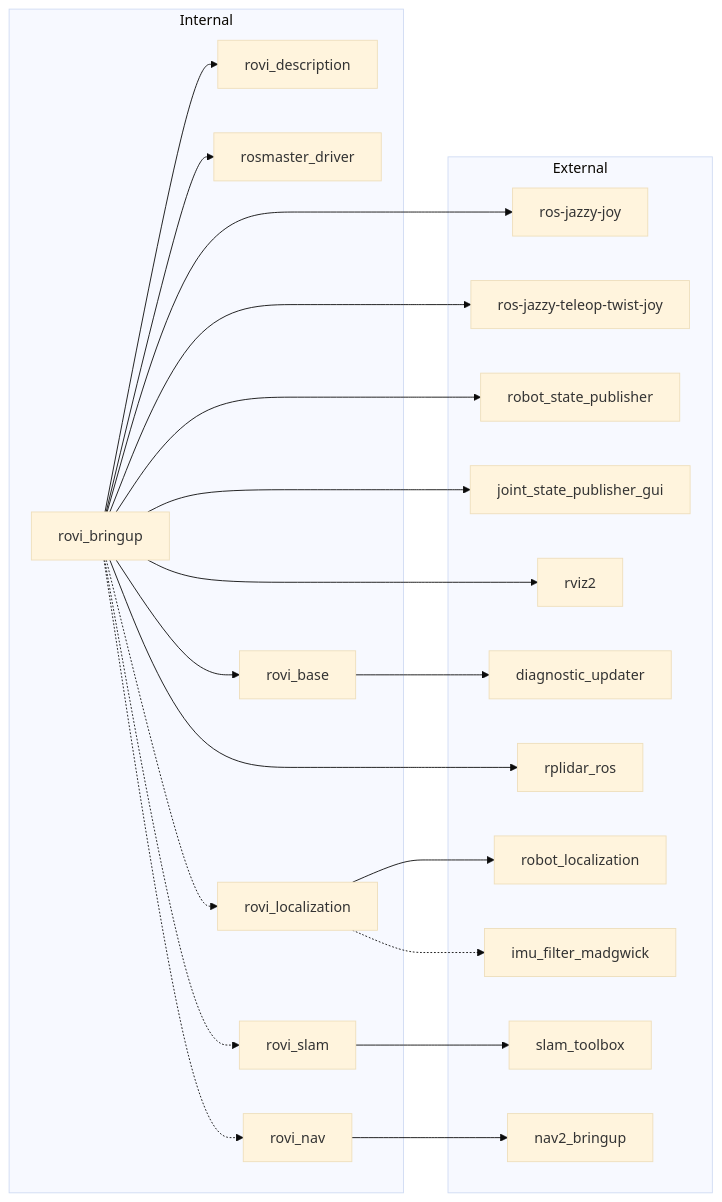
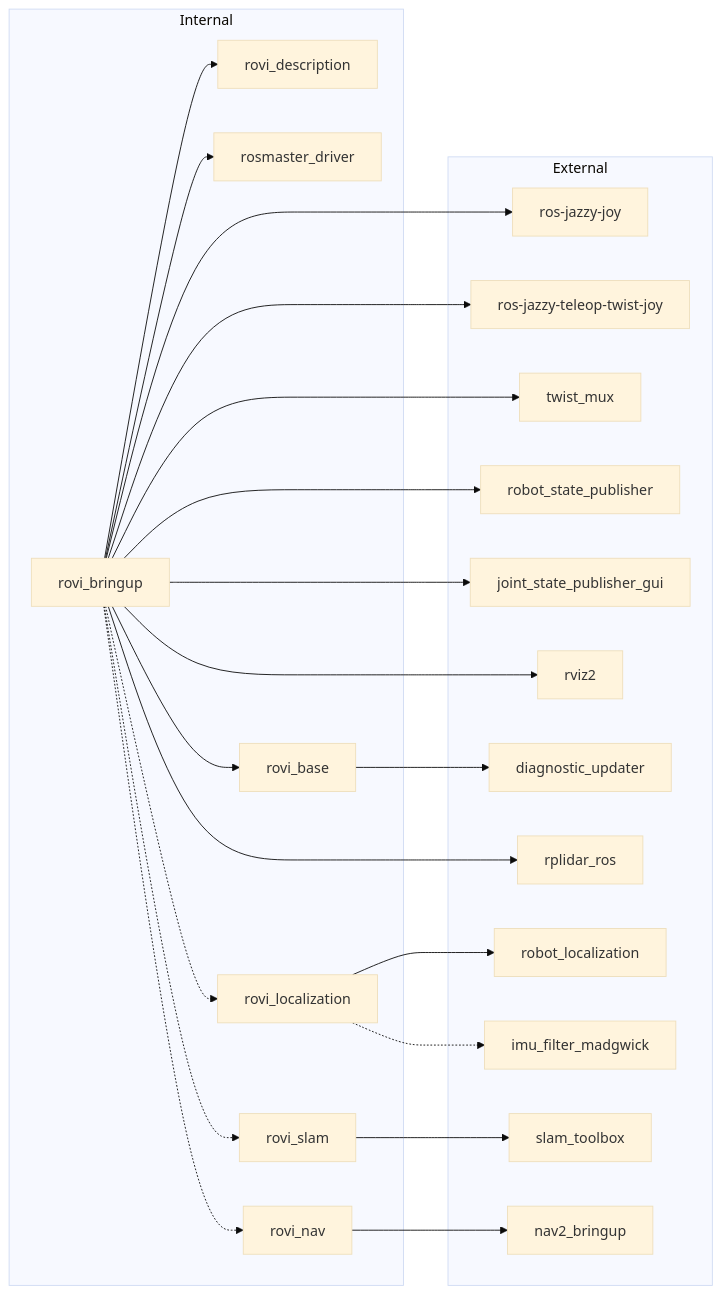
The ninth of 9 diagrams in README.md (Roblibs/rovi_ros_ws), drawn with Mermaid (base theme) before and after one commit. The commit also changed other lines of this file and 14 other files, not shown here.

````diff
--- a/README.md
+++ b/README.md
@@ -432,46 +435,48 @@
 ```mermaid
 flowchart LR
   subgraph Internal
     RoviBringup[rovi_bringup]
     RoviDesc[rovi_description]
     Rosmaster[rosmaster_driver]
     RoviBase[rovi_base]
     RoviLoc[rovi_localization]
     RoviSlam[rovi_slam]
     RoviNav[rovi_nav]
   end
 
   subgraph External
     Joy[ros-jazzy-joy]
     Teleop[ros-jazzy-teleop-twist-joy]
+    TwistMux[twist_mux]
     RSP[robot_state_publisher]
     JSPG[joint_state_publisher_gui]
     RVIZ[rviz2]
     Diag[diagnostic_updater]
     RPLidar[rplidar_ros]
     EKF[robot_localization]
     ImuFilter[imu_filter_madgwick]
     SlamToolbox[slam_toolbox]
     Nav2[nav2_bringup]
   end
 
   RoviBringup --> RoviDesc
   RoviBringup --> Rosmaster
   RoviBringup --> RoviBase
   RoviBringup -.-> RoviLoc
   RoviBringup -.-> RoviSlam
   RoviBringup -.-> RoviNav
   RoviBringup --> Joy
   RoviBringup --> Teleop
+  RoviBringup --> TwistMux
   RoviBringup --> RSP
   RoviBringup --> JSPG
   RoviBringup --> RVIZ
   RoviBringup --> RPLidar
 
   RoviBase --> Diag
 
   RoviLoc --> EKF
   RoviLoc -.-> ImuFilter
   RoviSlam --> SlamToolbox
   RoviNav --> Nav2
 ```
````
